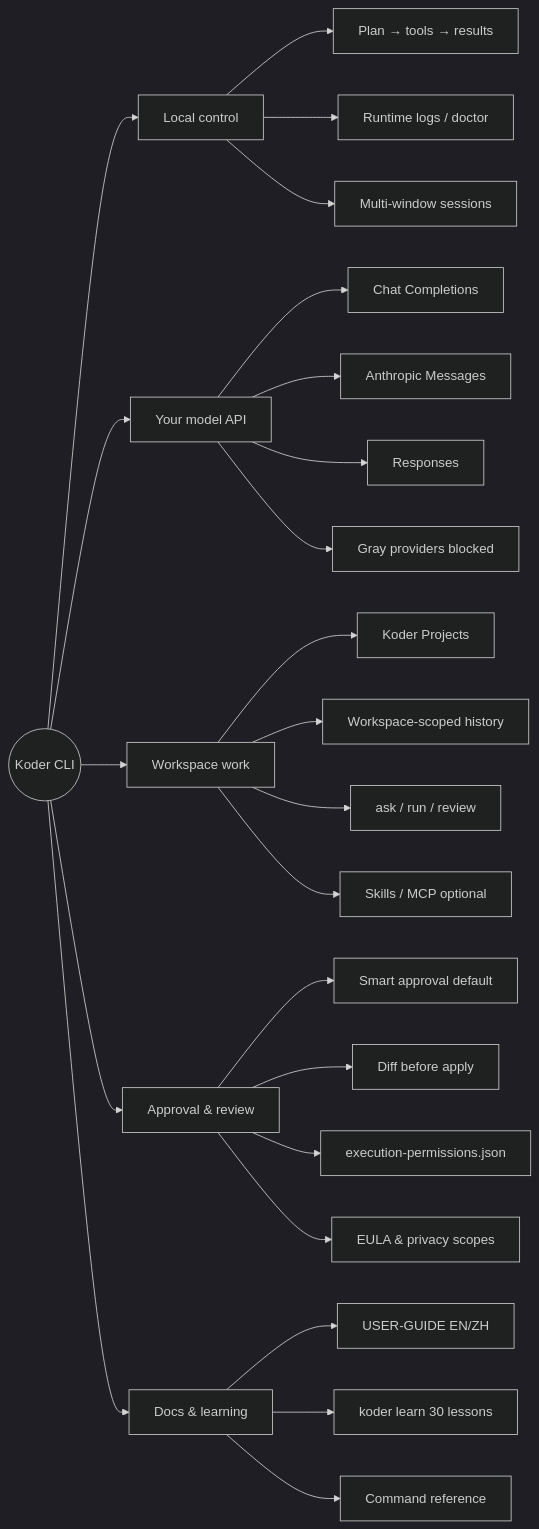
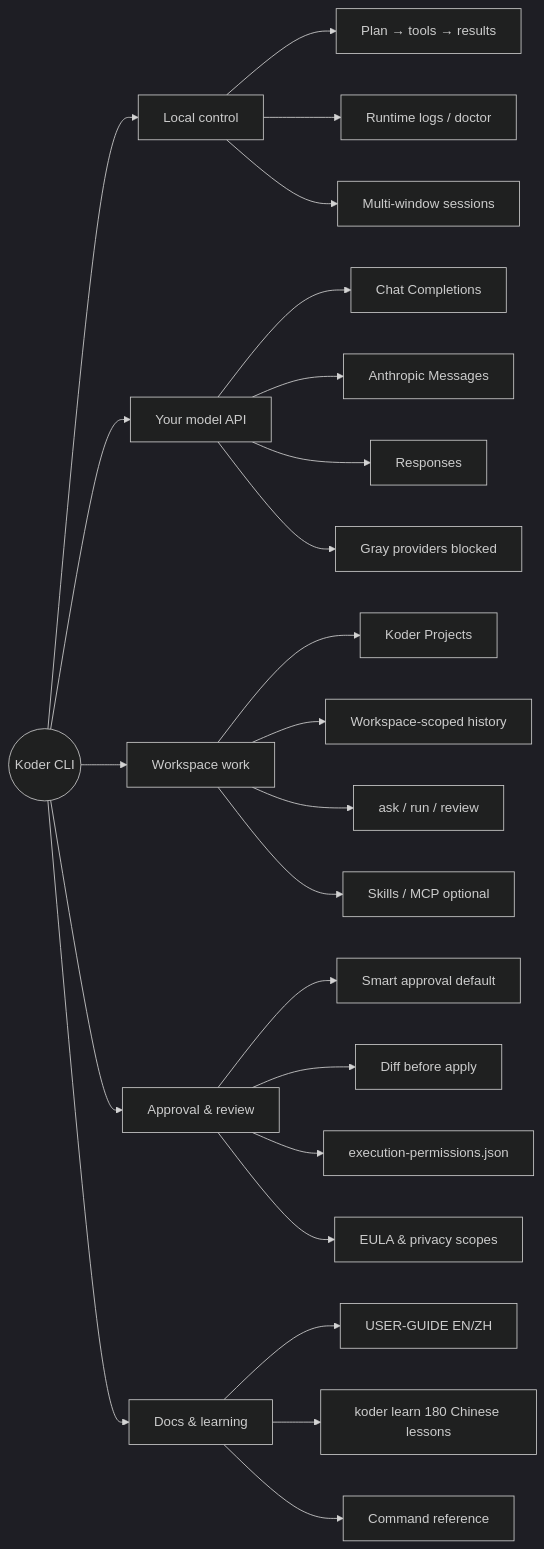
Before and after one commit to KarmenLoop/koder-cli: the second of 3 diagrams in README.md, drawn with Mermaid (dark theme). The commit also changed other lines of this file and 323 other files, not shown here.

````diff
--- a/README.md
+++ b/README.md
@@ -111,32 +111,32 @@
 ```mermaid
 flowchart LR
   root((Koder CLI))
   root --> local[Local control]
   root --> model[Your model API]
   root --> work[Workspace work]
   root --> safety[Approval & review]
   root --> docs[Docs & learning]
 
   local --> L1[Plan → tools → results]
   local --> L2[Runtime logs / doctor]
   local --> L3[Multi-window sessions]
 
   model --> M1[Chat Completions]
   model --> M2[Anthropic Messages]
   model --> M3[Responses]
   model --> M4[Gray providers blocked]
 
   work --> W1[Koder Projects]
   work --> W2[Workspace-scoped history]
   work --> W3[ask / run / review]
   work --> W4[Skills / MCP optional]
 
   safety --> S1[Smart approval default]
   safety --> S2[Diff before apply]
   safety --> S3[execution-permissions.json]
   safety --> S4[EULA & privacy scopes]
 
   docs --> D1[USER-GUIDE EN/ZH]
-  docs --> D2[koder learn 30 lessons]
+  docs --> D2[koder learn 180 Chinese lessons]
   docs --> D3[Command reference]
 ```
````
